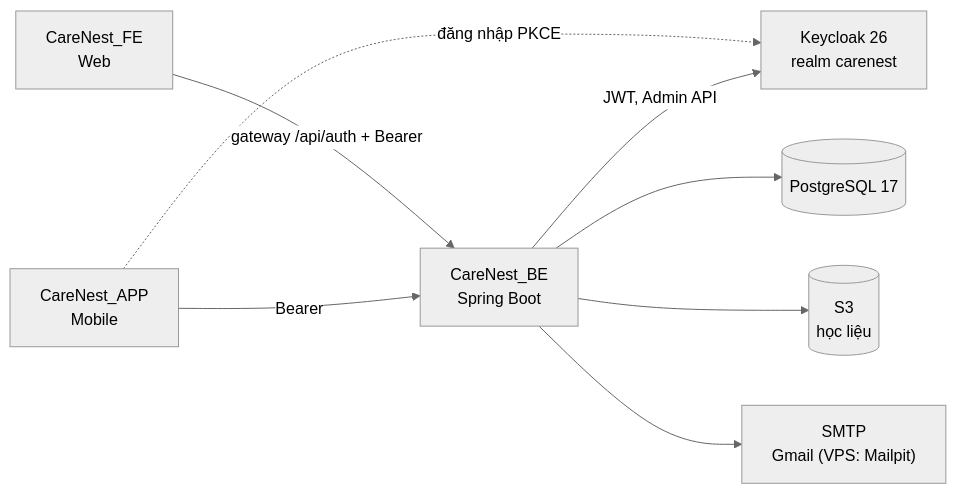
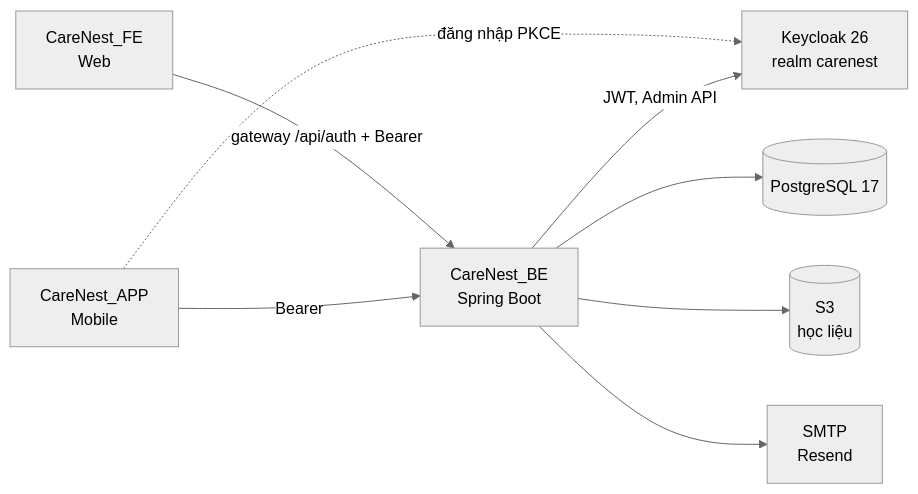
One commit to thang-04/CareNest_BE changed the diagram in README.md. Above: the diagram before and after it, drawn with Mermaid (neutral theme). The commit also changed other lines of this file and 13 other files, not shown here.

First line of the commit message:
G94-298: Switch email delivery to Resend SMTP

````diff
--- a/README.md
+++ b/README.md
@@ -72,10 +72,10 @@
 ```mermaid
 flowchart LR
     W["CareNest_FE<br/>Web"] -->|"gateway /api/auth + Bearer"| API["CareNest_BE<br/>Spring Boot"]
     M["CareNest_APP<br/>Mobile"] -->|"Bearer"| API
     M -.->|"đăng nhập PKCE"| KC["Keycloak 26<br/>realm carenest"]
     API -->|"JWT, Admin API"| KC
     API --> DB[("PostgreSQL 17")]
     API --> S3[("S3<br/>học liệu")]
-    API --> SMTP["SMTP<br/>Gmail (VPS: Mailpit)"]
+    API --> SMTP["SMTP<br/>Resend"]
 ```
````
